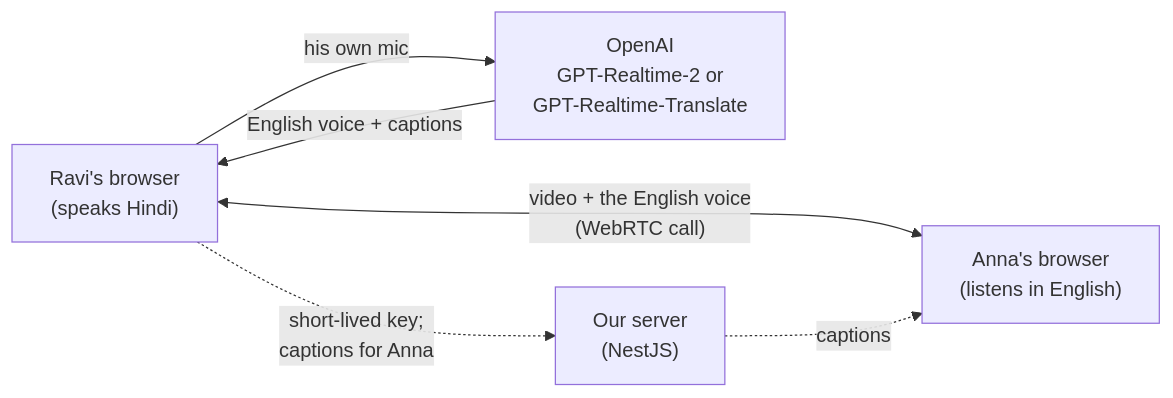
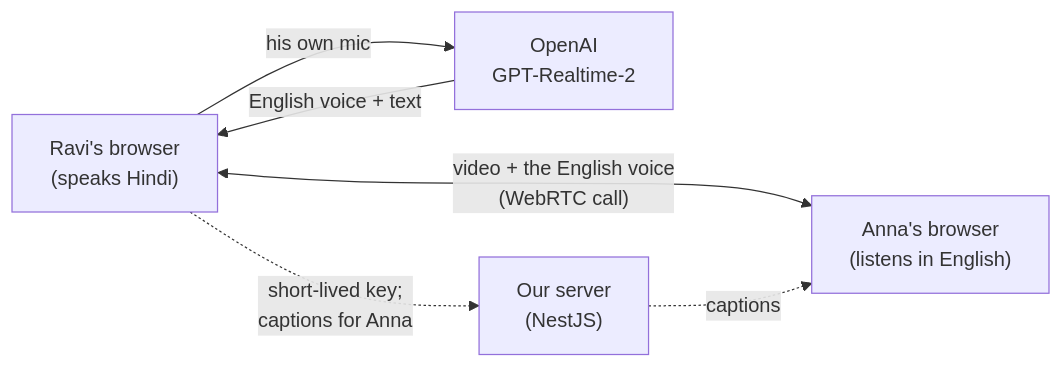
The diagram in README.md (mujeebmasi/meet-translate), drawn with Mermaid before and after one commit. The commit also changed other lines of this file, not shown here.

````diff
--- a/README.md
+++ b/README.md
@@ -19,8 +37,8 @@
 ```mermaid
 flowchart LR
-    R["Ravi's browser<br/>(speaks Hindi)"] -->|"his own mic"| O["OpenAI<br/>GPT-Realtime-2 or<br/>GPT-Realtime-Translate"]
-    O -->|"English voice + captions"| R
+    R["Ravi's browser<br/>(speaks Hindi)"] -->|"his own mic"| O["OpenAI<br/>GPT-Realtime-2"]
+    O -->|"English voice + text"| R
     R <-->|"video + the English voice<br/>(WebRTC call)"| A["Anna's browser<br/>(listens in English)"]
     R -.->|"short-lived key;<br/>captions for Anna"| S["Our server<br/>(NestJS)"]
     S -.->|"captions"| A
 ```
````
